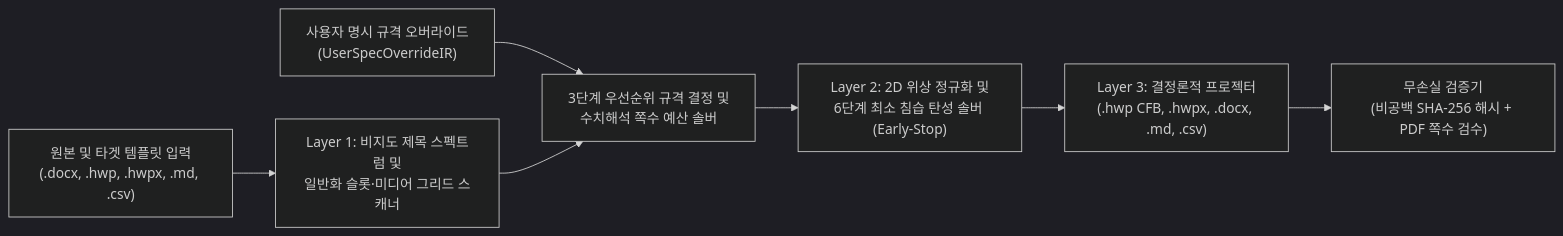
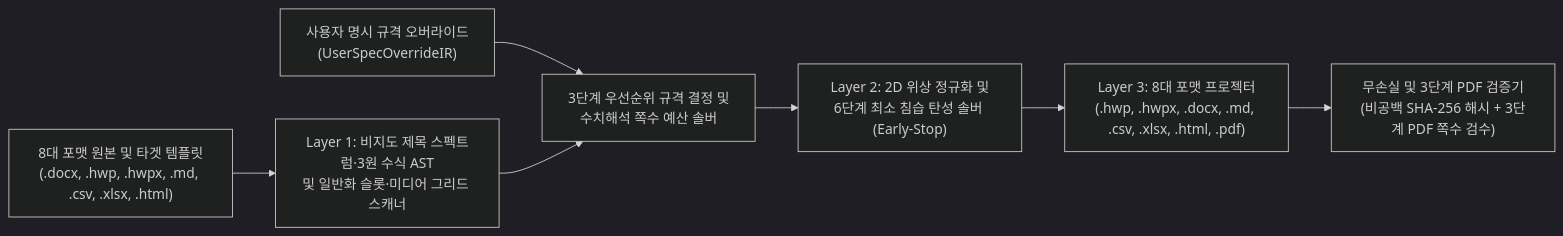
Before and after one commit to Team-Sequence-Thaumaturge/-document-IR: the diagram in README_KO.md, drawn with Mermaid (dark theme). The commit also changed other lines of this file and 9 other files, not shown here.

Commit message:
Release T-DIR v4.0.0: 8-Format Codec Hub, 3-Way Equation AST, Standalone HWPX Synthesis, 3-Tier PDF Verifier, Security Hardening [SEC-01..06], and 13-Cohort Regression Matrix

````diff
--- a/README_KO.md
+++ b/README_KO.md
@@ -31,9 +29,9 @@
 ```mermaid
 flowchart LR
-    A["원본 및 타겟 템플릿 입력<br/>(.docx, .hwp, .hwpx, .md, .csv)"] --> B["Layer 1: 비지도 제목 스펙트럼 및<br/>일반화 슬롯·미디어 그리드 스캐너"]
+    A["8대 포맷 원본 및 타겟 템플릿<br/>(.docx, .hwp, .hwpx, .md, .csv, .xlsx, .html)"] --> B["Layer 1: 비지도 제목 스펙트럼·3원 수식 AST<br/>및 일반화 슬롯·미디어 그리드 스캐너"]
     U["사용자 명시 규격 오버라이드<br/>(UserSpecOverrideIR)"] --> C["3단계 우선순위 규격 결정 및<br/>수치해석 쪽수 예산 솔버"]
     B --> C
     C --> D["Layer 2: 2D 위상 정규화 및<br/>6단계 최소 침습 탄성 솔버 (Early-Stop)"]
-    D --> E["Layer 3: 결정론적 프로젝터<br/>(.hwp CFB, .hwpx, .docx, .md, .csv)"]
-    E --> F["무손실 검증기<br/>(비공백 SHA-256 해시 + PDF 쪽수 검수)"]
+    D --> E["Layer 3: 8대 포맷 프로젝터<br/>(.hwp, .hwpx, .docx, .md, .csv, .xlsx, .html, .pdf)"]
+    E --> F["무손실 및 3단계 PDF 검증기<br/>(비공백 SHA-256 해시 + 3단계 PDF 쪽수 검수)"]
 ```
````
